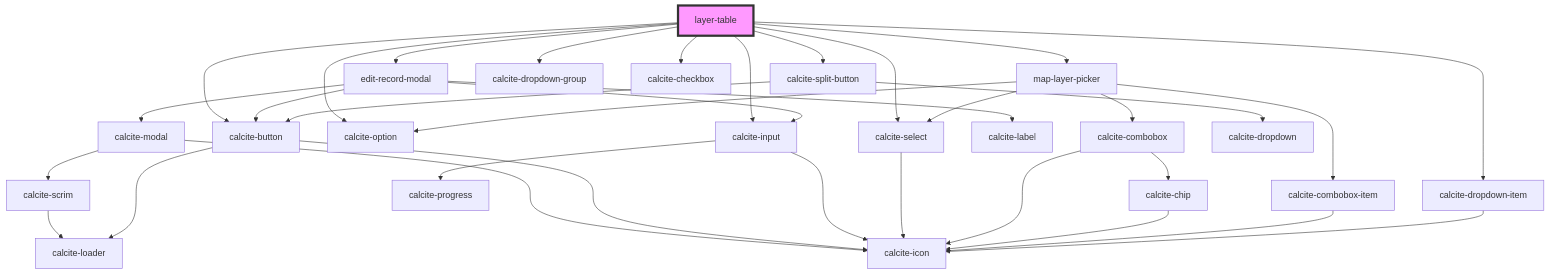
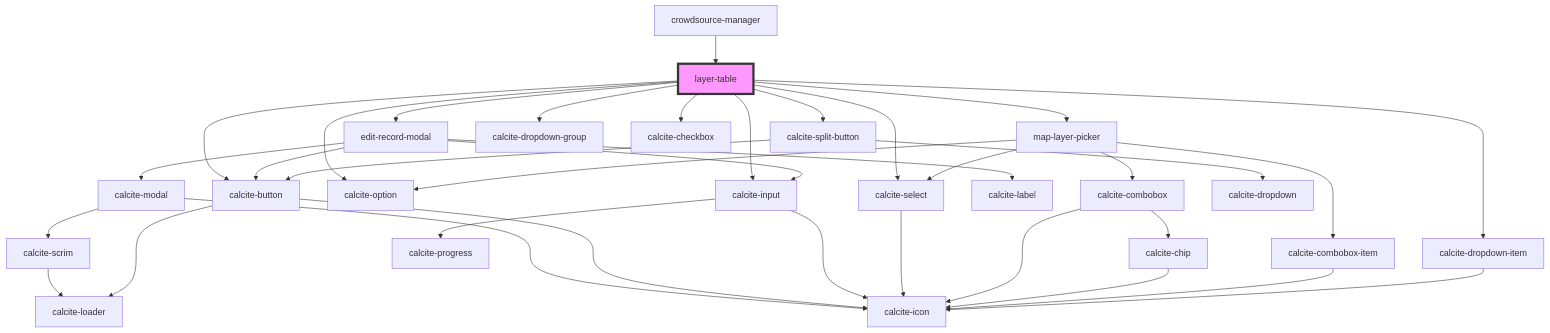
One commit to Esri/solutions-components changed the diagram in src/components/layer-table/readme.md. Above: the diagram before and after it, drawn with Mermaid. The commit also changed other lines of this file and 6 other files, not shown here.

Commit message:
add layer table

````diff
--- a/src/components/layer-table/readme.md
+++ b/src/components/layer-table/readme.md
@@ -31,37 +35,38 @@
 ```mermaid
 graph TD;
   layer-table --> edit-record-modal
   layer-table --> map-layer-picker
   layer-table --> calcite-button
   layer-table --> calcite-split-button
   layer-table --> calcite-dropdown-group
   layer-table --> calcite-dropdown-item
   layer-table --> calcite-checkbox
   layer-table --> calcite-select
   layer-table --> calcite-option
   layer-table --> calcite-input
   edit-record-modal --> calcite-modal
   edit-record-modal --> calcite-label
   edit-record-modal --> calcite-button
   edit-record-modal --> calcite-input
   calcite-modal --> calcite-scrim
   calcite-modal --> calcite-icon
   calcite-scrim --> calcite-loader
   calcite-button --> calcite-loader
   calcite-button --> calcite-icon
   calcite-input --> calcite-progress
   calcite-input --> calcite-icon
   map-layer-picker --> calcite-select
   map-layer-picker --> calcite-combobox
   map-layer-picker --> calcite-combobox-item
   map-layer-picker --> calcite-option
   calcite-select --> calcite-icon
   calcite-combobox --> calcite-chip
   calcite-combobox --> calcite-icon
   calcite-chip --> calcite-icon
   calcite-combobox-item --> calcite-icon
   calcite-split-button --> calcite-button
   calcite-split-button --> calcite-dropdown
   calcite-dropdown-item --> calcite-icon
+  crowdsource-manager --> layer-table
   style layer-table fill:#f9f,stroke:#333,stroke-width:4px
 ```
````
